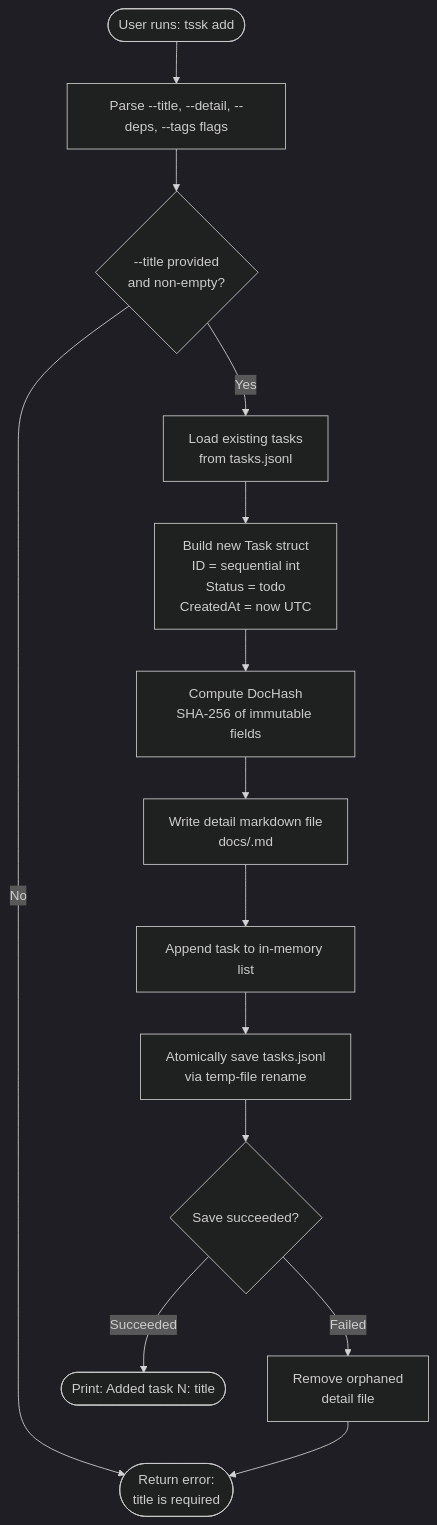
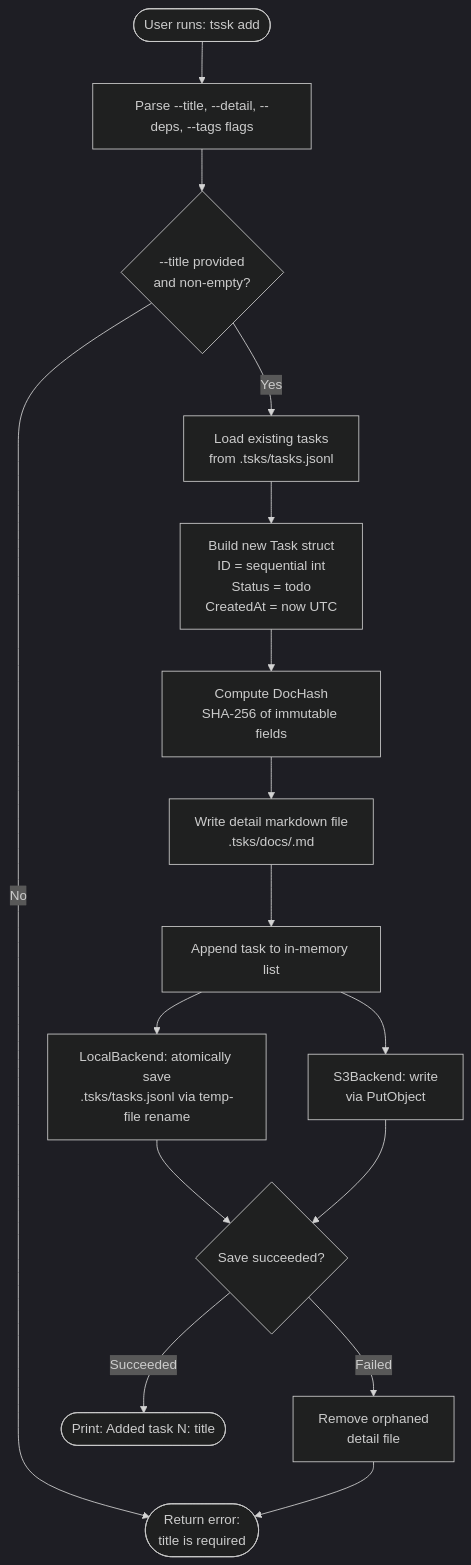
Before and after one commit to bmordue/tssk: the diagram in docs/flows/task-creation.md, drawn with Mermaid (dark theme). The commit also changed other lines of this file and 1 other file, not shown here.

Commit message:
docs: fix task-creation and data-pipeline diagrams per review feedback
Agent-Logs-Url: https://github.com/bmordue/tssk/sessions/42d048f2-2603-488f-aada-007431a5d4ed

````diff
--- a/docs/flows/task-creation.md
+++ b/docs/flows/task-creation.md
@@ -8,30 +8,33 @@
 ```mermaid
 flowchart TD
     START([User runs: tssk add])
     ARGS[Parse --title, --detail, --deps, --tags flags]
     VALIDATE{--title provided\nand non-empty?}
     ERROR([Return error:\ntitle is required])
-    LOAD[Load existing tasks\nfrom tasks.jsonl]
+    LOAD[Load existing tasks\nfrom .tsks/tasks.jsonl]
     BUILD[Build new Task struct\nID = sequential int\nStatus = todo\nCreatedAt = now UTC]
     HASH[Compute DocHash\nSHA-256 of immutable fields]
-    WRITE_DOC[Write detail markdown file\ndocs/<hash_prefix>.md]
+    WRITE_DOC[Write detail markdown file\n.tsks/docs/<hash_prefix>.md]
     APPEND[Append task to in-memory list]
-    SAVE[Atomically save tasks.jsonl\nvia temp-file rename]
+    SAVE_LOCAL[LocalBackend: atomically save\n.tsks/tasks.jsonl via temp-file rename]
+    SAVE_S3[S3Backend: write\nvia PutObject]
     CLEANUP{Save succeeded?}
     REMOVE[Remove orphaned\ndetail file]
     OUTPUT([Print: Added task N: title])
 
     START --> ARGS
     ARGS --> VALIDATE
     VALIDATE -->|No| ERROR
     VALIDATE -->|Yes| LOAD
     LOAD --> BUILD
     BUILD --> HASH
     HASH --> WRITE_DOC
     WRITE_DOC --> APPEND
-    APPEND --> SAVE
-    SAVE --> CLEANUP
+    APPEND --> SAVE_LOCAL
+    APPEND --> SAVE_S3
+    SAVE_LOCAL --> CLEANUP
+    SAVE_S3 --> CLEANUP
     CLEANUP -->|Failed| REMOVE
     CLEANUP -->|Succeeded| OUTPUT
     REMOVE --> ERROR
 ```
````
